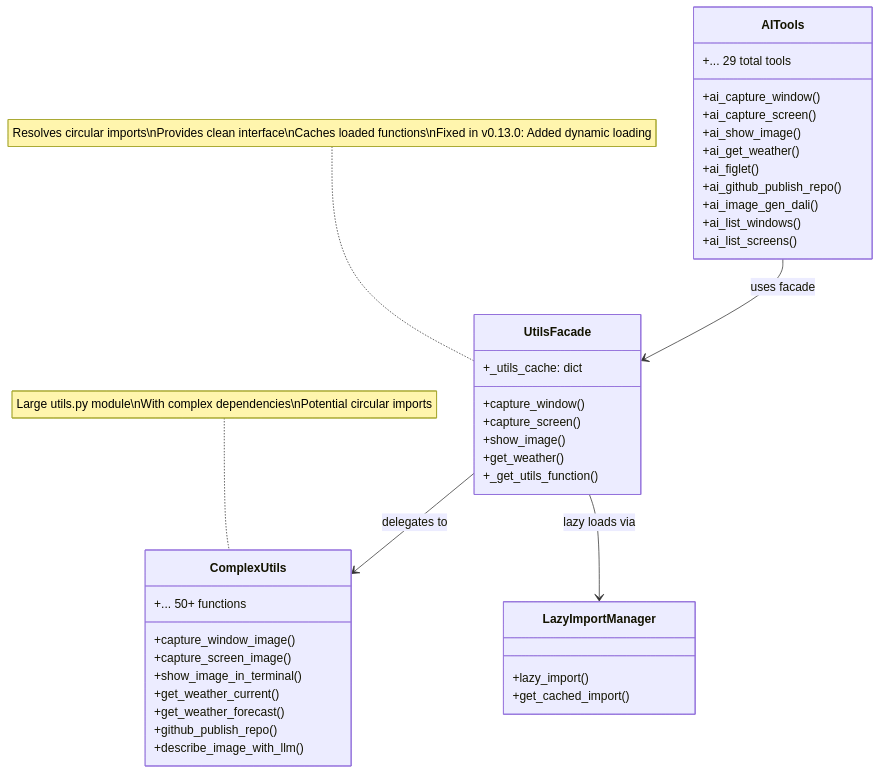
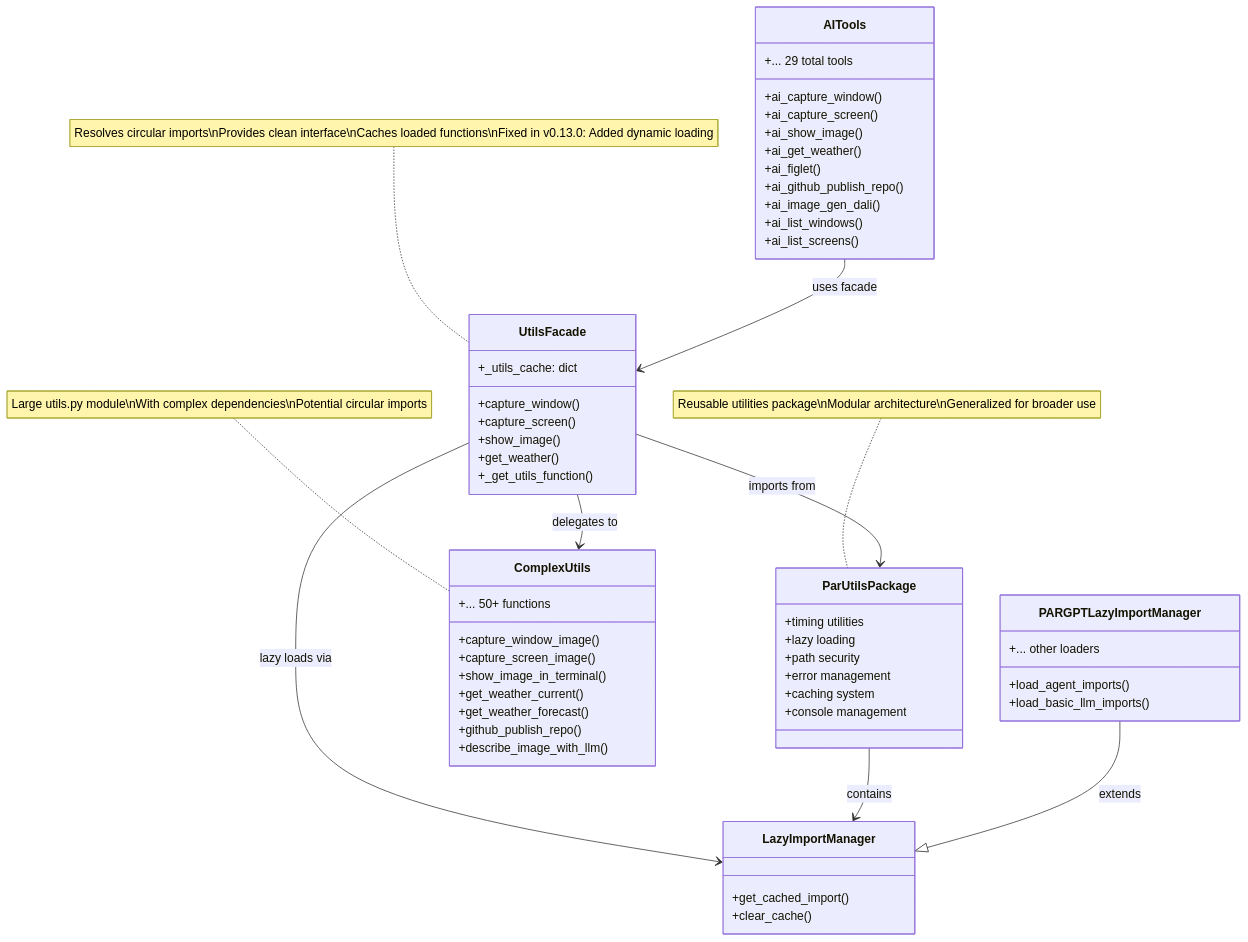
One commit to paulrobello/par_gpt changed the fourth of 14 diagrams in ARCHITECTURE.md. Above: the diagram before and after it, drawn with Mermaid. The commit also changed other lines of this file and 46 other files, not shown here.

````diff
--- a/ARCHITECTURE.md
+++ b/ARCHITECTURE.md
@@ -229,47 +250,66 @@
 ```mermaid
 classDiagram
     class AITools {
         +ai_capture_window()
         +ai_capture_screen()
         +ai_show_image()
         +ai_get_weather()
         +ai_figlet()
         +ai_github_publish_repo()
         +ai_image_gen_dali()
         +ai_list_windows()
         +ai_list_screens()
         +... 29 total tools
     }
     
     class UtilsFacade {
         +capture_window()
         +capture_screen()
         +show_image()
         +get_weather()
         +_get_utils_function()
         +_utils_cache: dict
     }
     
+    class ParUtilsPackage {
+        +timing utilities
+        +lazy loading
+        +path security
+        +error management
+        +caching system
+        +console management
+    }
+    
     class ComplexUtils {
         +capture_window_image()
         +capture_screen_image()
         +show_image_in_terminal()
         +get_weather_current()
         +get_weather_forecast()
         +github_publish_repo()
         +describe_image_with_llm()
         +... 50+ functions
     }
     
     class LazyImportManager {
-        +lazy_import()
         +get_cached_import()
+        +clear_cache()
+    }
+    
+    class PARGPTLazyImportManager {
+        +load_agent_imports()
+        +load_basic_llm_imports()
+        +... other loaders
     }
     
     AITools --> UtilsFacade : uses facade
+    UtilsFacade --> ParUtilsPackage : imports from
     UtilsFacade --> ComplexUtils : delegates to
     UtilsFacade --> LazyImportManager : lazy loads via
+    ParUtilsPackage --> LazyImportManager : contains
+    PARGPTLazyImportManager --|> LazyImportManager : extends
     
     note for UtilsFacade "Resolves circular imports\nProvides clean interface\nCaches loaded functions\nFixed in v0.13.0: Added dynamic loading"
+    note for ParUtilsPackage "Reusable utilities package\nModular architecture\nGeneralized for broader use"
     note for ComplexUtils "Large utils.py module\nWith complex dependencies\nPotential circular imports"
 ```
````
